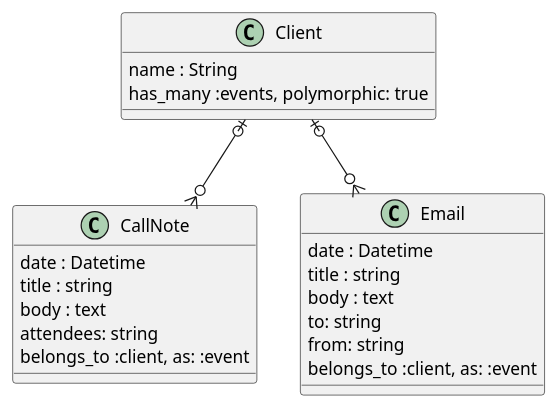
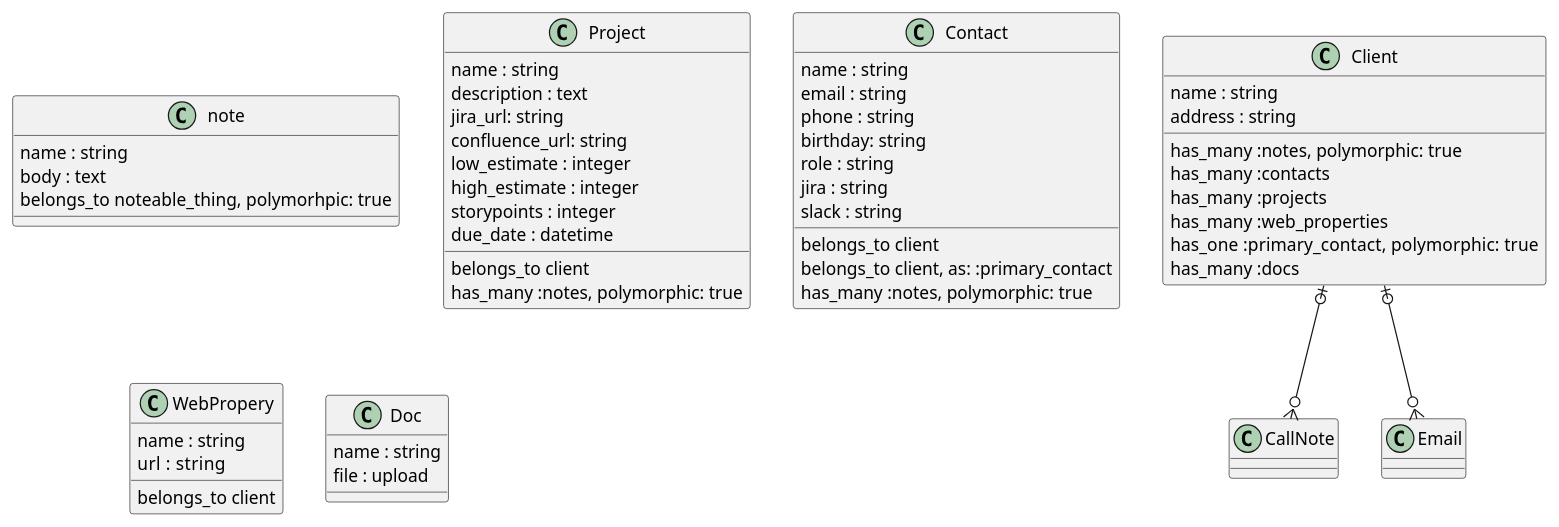
The diagram in ia.puml (SwiftkickWeb/armadillo), drawn with PlantUML before and after one commit.

Commit message:
Updated IA uml file with what's likely the final intro data set.

```diff
--- a/ia.puml
+++ b/ia.puml
@@ -1,27 +1,59 @@
 @startuml
 
 class Client {
-    name : String
-    has_many :events, polymorphic: true 
+    name : string
+    address : string
+    {method} has_many :notes, polymorphic: true 
+    {method} has_many :contacts
+    {method} has_many :projects
+    {method} has_many :web_properties
+    {method} has_one  :primary_contact, polymorphic: true
+    {method} has_many :docs
+}
+class note { 
+    name : string
+    body : text
+    belongs_to noteable_thing, polymorhpic: true
 }
 
-class CallNote {
-    date : Datetime
-    title : string
-    body : text
-    attendees: string
-    belongs_to :client, as: :event
+class Project { 
+    name : string
+    description : text
+    jira_url: string
+    confluence_url: string
+    low_estimate : integer
+    high_estimate : integer
+    storypoints : integer
+    due_date : datetime
+    {method}  belongs_to client
+    {method} has_many :notes, polymorphic: true 
 }
-class Email {
-    date : Datetime
-    title : string
-    body : text
-    to: string
-    from: string
-    belongs_to :client, as: :event
+
+class Contact { 
+    name : string
+    email : string
+    phone : string
+    birthday: string
+    role : string
+    jira : string
+    slack : string
+    {method} belongs_to client
+    {method} belongs_to client, as: :primary_contact
+    {method} has_many :notes, polymorphic: true 
+}
+
+class WebPropery {
+    name : string
+    url  : string
+    {method} belongs_to client
+}
+
+class Doc {
+    name : string
+    file : upload
 }
 
 Client |o--o{ CallNote
 Client |o--o{ Email
 
 @enduml
```
